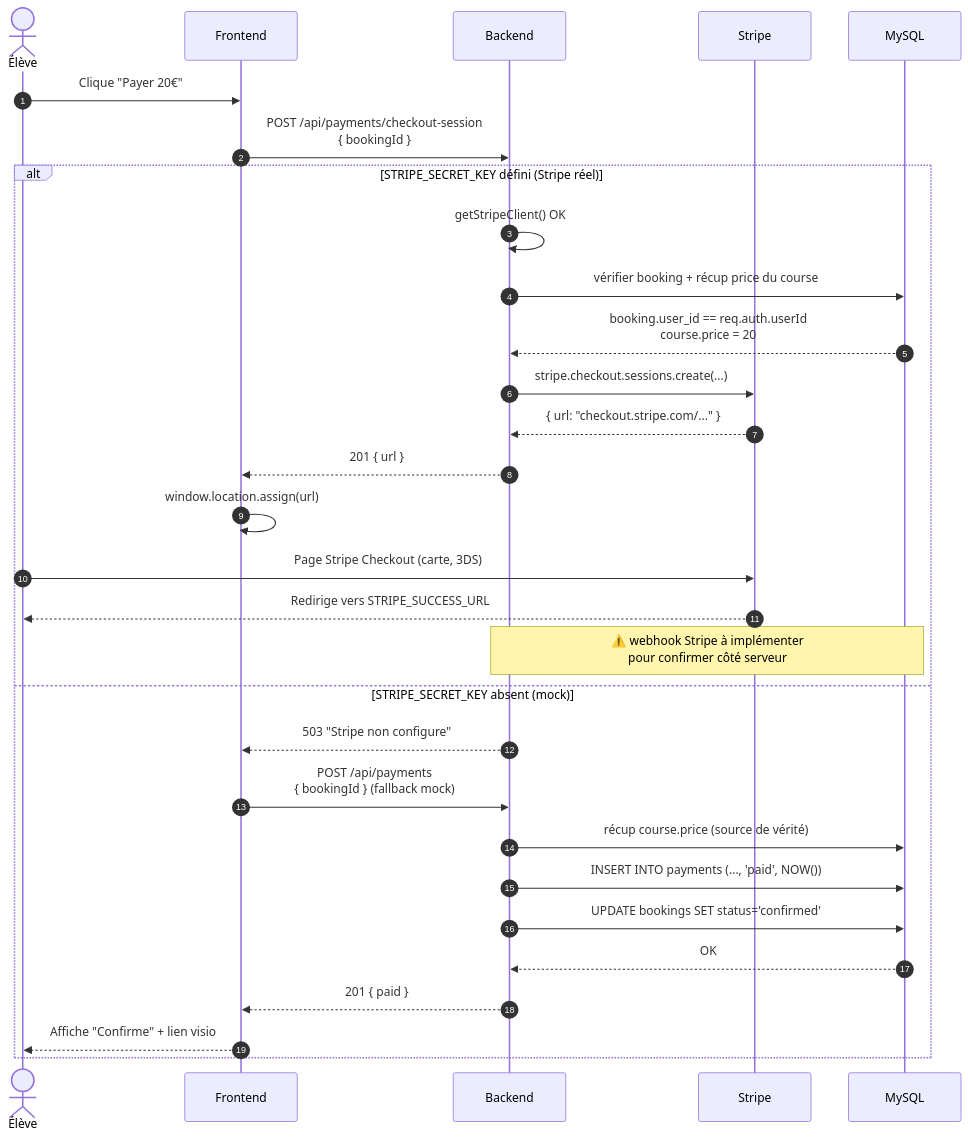
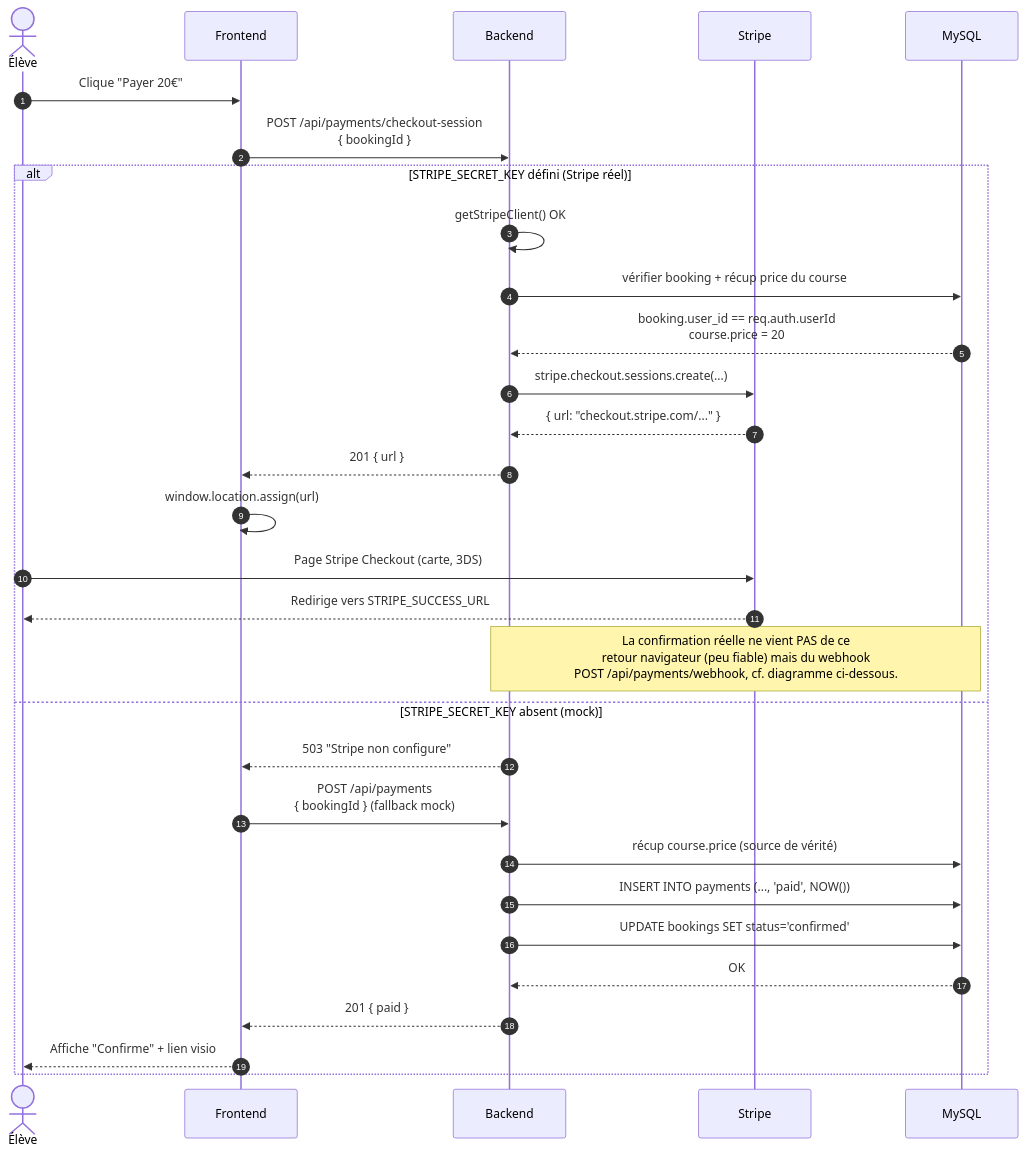
The fifth of 12 diagrams in SCHEMAS.md (daddacameliayasmine-oss/JasmineTeacher-backend), drawn with Mermaid before and after one commit. The commit also changed other lines of this file, not shown here.

First line of the commit message:
docs(schemas): corrige les diagrammes de sequence reservation et paiement

````diff
--- a/SCHEMAS.md
+++ b/SCHEMAS.md
@@ -273,35 +276,35 @@
 ```mermaid
 sequenceDiagram
     autonumber
     actor E as Élève
     participant F as Frontend
     participant B as Backend
     participant S as Stripe
     participant DB as MySQL
 
     E->>F: Clique "Payer 20€"
 
     F->>B: POST /api/payments/checkout-session<br/>{ bookingId }
 
     alt STRIPE_SECRET_KEY défini (Stripe réel)
         B->>B: getStripeClient() OK
         B->>DB: vérifier booking + récup price du course
         DB-->>B: booking.user_id == req.auth.userId<br/>course.price = 20
         B->>S: stripe.checkout.sessions.create(...)
         S-->>B: { url: "checkout.stripe.com/..." }
         B-->>F: 201 { url }
         F->>F: window.location.assign(url)
         E->>S: Page Stripe Checkout (carte, 3DS)
         S-->>E: Redirige vers STRIPE_SUCCESS_URL
-        Note over B,DB: ⚠️ webhook Stripe à implémenter<br/>pour confirmer côté serveur
+        Note over B,DB: La confirmation réelle ne vient PAS de ce<br/>retour navigateur (peu fiable) mais du webhook<br/>POST /api/payments/webhook, cf. diagramme ci-dessous.
     else STRIPE_SECRET_KEY absent (mock)
         B-->>F: 503 "Stripe non configure"
         F->>B: POST /api/payments<br/>{ bookingId } (fallback mock)
         B->>DB: récup course.price (source de vérité)
         B->>DB: INSERT INTO payments (..., 'paid', NOW())
         B->>DB: UPDATE bookings SET status='confirmed'
         DB-->>B: OK
         B-->>F: 201 { paid }
         F-->>E: Affiche "Confirme" + lien visio
     end
 ```
````
